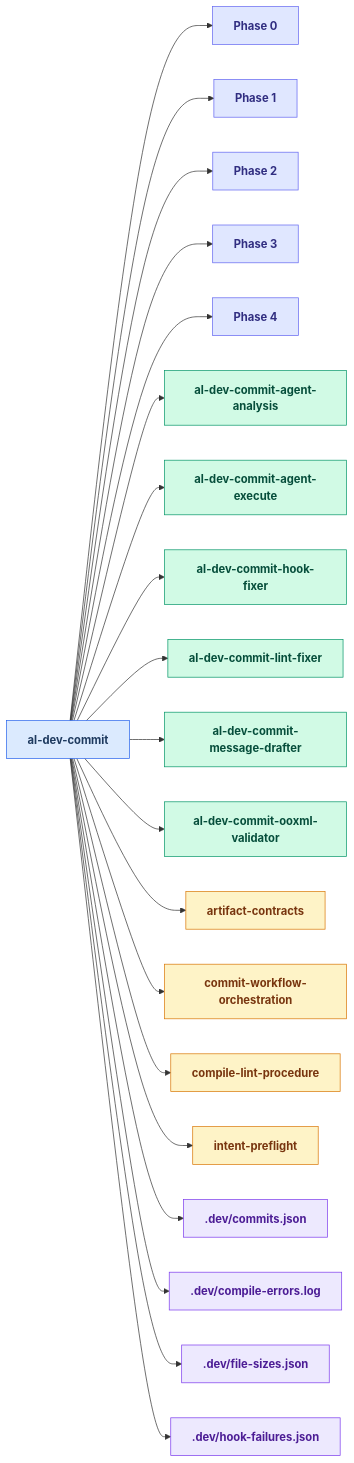
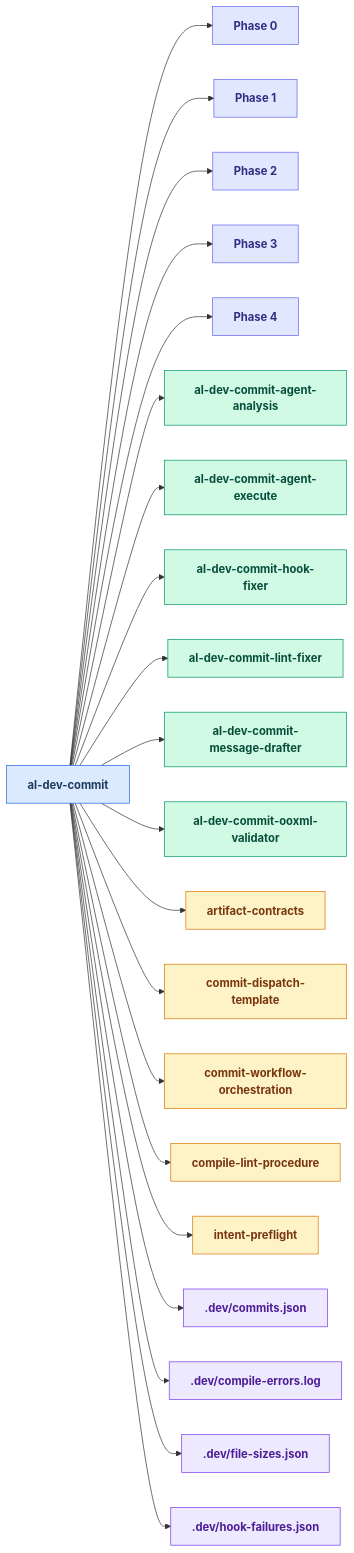
Diagram 12 of 24 in docs/al-dev-skills-map.md (russell-laing/al-dev-shared), drawn with Mermaid before and after one commit. The commit also changed other lines of this file and 6 other files, not shown here.

````diff
--- a/docs/al-dev-skills-map.md
+++ b/docs/al-dev-skills-map.md
@@ -623,70 +631,73 @@
 ```mermaid
 flowchart LR
     classDef skillNode fill:#dbeafe,stroke:#2563eb,color:#1e3a5f,font-weight:bold
     classDef agentNode fill:#d1fae5,stroke:#059669,color:#064e3b,font-weight:bold
     classDef knowledgeNode fill:#fef3c7,stroke:#d97706,color:#78350f,font-weight:bold
     classDef artifactNode fill:#ede9fe,stroke:#7c3aed,color:#4c1d95,font-weight:bold
     classDef phaseNode fill:#e0e7ff,stroke:#6366f1,color:#312e81,font-weight:bold
 
     skill_al_dev_commit[al-dev-commit]
     Phase0["Phase 0"]
     Phase1["Phase 1"]
     Phase2["Phase 2"]
     Phase3["Phase 3"]
     Phase4["Phase 4"]
     agent_al_dev_commit_agent_analysis[al-dev-commit-agent-analysis]
     agent_al_dev_commit_agent_execute[al-dev-commit-agent-execute]
     agent_al_dev_commit_hook_fixer[al-dev-commit-hook-fixer]
     agent_al_dev_commit_lint_fixer[al-dev-commit-lint-fixer]
     agent_al_dev_commit_message_drafter[al-dev-commit-message-drafter]
     agent_al_dev_commit_ooxml_validator[al-dev-commit-ooxml-validator]
     knowledge_artifact_contracts_md[artifact-contracts]
+    knowledge_commit_dispatch_template_md[commit-dispatch-template]
     knowledge_commit_workflow_orchestration_md[commit-workflow-orchestration]
     knowledge_compile_lint_procedure_md[compile-lint-procedure]
     knowledge_intent_preflight_md[intent-preflight]
     artifact_commits_json[.dev/commits.json]
     artifact_compile_errors_log[.dev/compile-errors.log]
     artifact_file_sizes_json[.dev/file-sizes.json]
     artifact_hook_failures_json[.dev/hook-failures.json]
 
     skill_al_dev_commit --> Phase0
     skill_al_dev_commit --> Phase1
     skill_al_dev_commit --> Phase2
     skill_al_dev_commit --> Phase3
     skill_al_dev_commit --> Phase4
     skill_al_dev_commit --> agent_al_dev_commit_agent_analysis
     skill_al_dev_commit --> agent_al_dev_commit_agent_execute
     skill_al_dev_commit --> agent_al_dev_commit_hook_fixer
     skill_al_dev_commit --> agent_al_dev_commit_lint_fixer
     skill_al_dev_commit --> agent_al_dev_commit_message_drafter
     skill_al_dev_commit --> agent_al_dev_commit_ooxml_validator
     skill_al_dev_commit --> knowledge_artifact_contracts_md
+    skill_al_dev_commit --> knowledge_commit_dispatch_template_md
     skill_al_dev_commit --> knowledge_commit_workflow_orchestration_md
     skill_al_dev_commit --> knowledge_compile_lint_procedure_md
     skill_al_dev_commit --> knowledge_intent_preflight_md
     skill_al_dev_commit --> artifact_commits_json
     skill_al_dev_commit --> artifact_compile_errors_log
     skill_al_dev_commit --> artifact_file_sizes_json
     skill_al_dev_commit --> artifact_hook_failures_json
 
     class skill_al_dev_commit skillNode
     class Phase0 phaseNode
     class Phase1 phaseNode
     class Phase2 phaseNode
     class Phase3 phaseNode
     class Phase4 phaseNode
     class agent_al_dev_commit_agent_analysis agentNode
     class agent_al_dev_commit_agent_execute agentNode
     class agent_al_dev_commit_hook_fixer agentNode
     class agent_al_dev_commit_lint_fixer agentNode
     class agent_al_dev_commit_message_drafter agentNode
     class agent_al_dev_commit_ooxml_validator agentNode
     class knowledge_artifact_contracts_md knowledgeNode
+    class knowledge_commit_dispatch_template_md knowledgeNode
     class knowledge_commit_workflow_orchestration_md knowledgeNode
     class knowledge_compile_lint_procedure_md knowledgeNode
     class knowledge_intent_preflight_md knowledgeNode
     class artifact_commits_json artifactNode
     class artifact_compile_errors_log artifactNode
     class artifact_file_sizes_json artifactNode
     class artifact_hook_failures_json artifactNode
 ```
````
